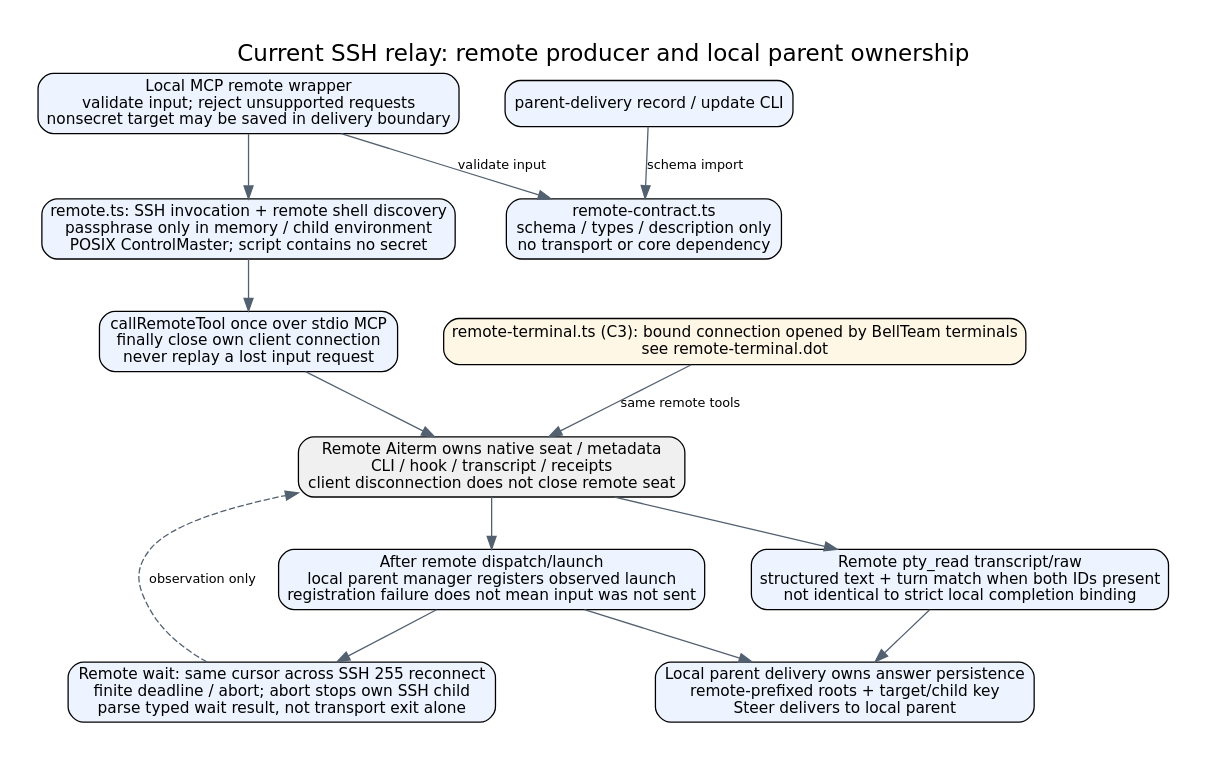
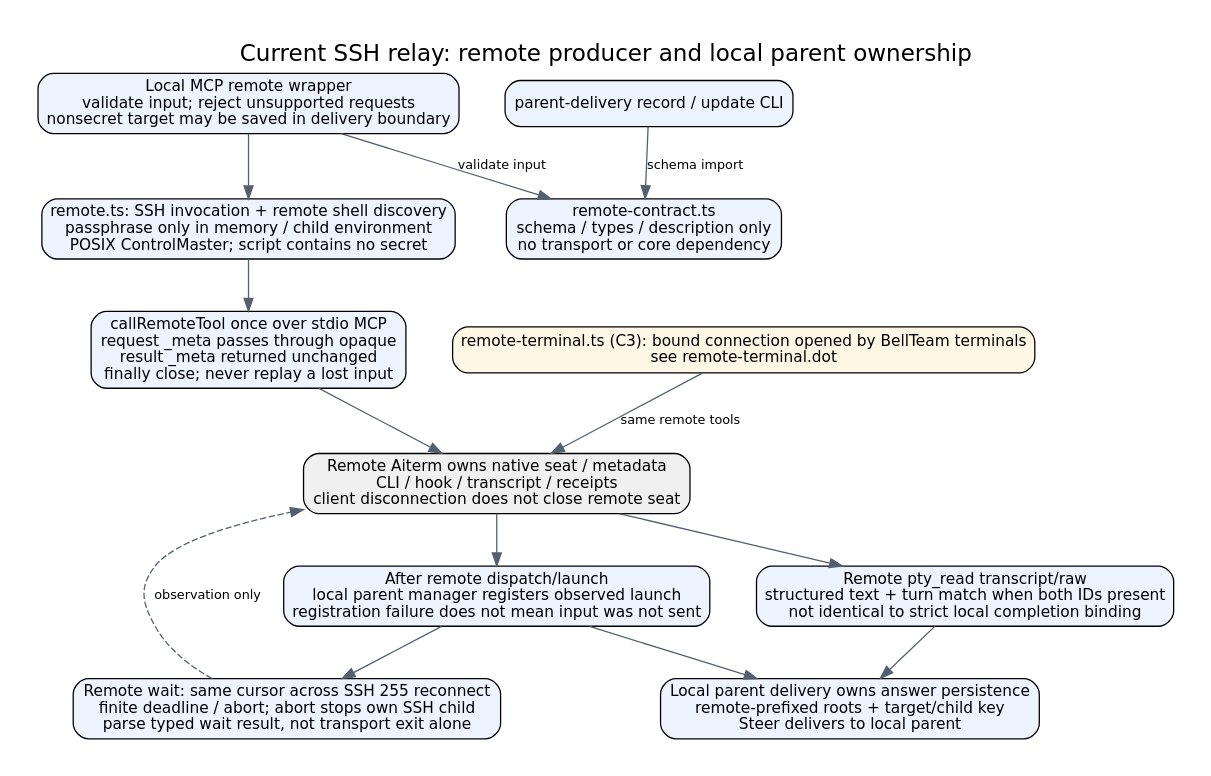
Before and after one commit to kitepon/aiterm-mcp: the diagram in docs/architecture/remote.dot, drawn with Graphviz. The commit also changed 19 other files, not shown here.

First line of the commit message:
Run macOS CI on GitHub-hosted runners, relay MCP _meta to terminals, and give self-started seat turns a word start

```diff
--- a/docs/architecture/remote.dot
+++ b/docs/architecture/remote.dot
@@ -1,20 +1,20 @@
 digraph remote {
  graph [rankdir=TB,bgcolor="white",pad=0.3,nodesep=0.5,ranksep=0.55,label="Current SSH relay: remote producer and local parent ownership",labelloc=t,fontname="DejaVu Sans",fontsize=18];
  node [shape=box,style="rounded,filled",fillcolor="#edf4ff",fontname="DejaVu Sans",fontsize=12];
  edge [fontname="DejaVu Sans",fontsize=10,color="#536070"];
  ingress [label="Local MCP remote wrapper\nvalidate input; reject unsupported requests\nnonsecret target may be saved in delivery boundary"];
  ssh [label="remote.ts: SSH invocation + remote shell discovery\npassphrase only in memory / child environment\nPOSIX ControlMaster; script contains no secret"];
- call [label="callRemoteTool once over stdio MCP\nfinally close own client connection\nnever replay a lost input request"];
+ call [label="callRemoteTool once over stdio MCP\nrequest _meta passes through opaque\nresult _meta returned unchanged\nfinally close; never replay a lost input"];
  producer [label="Remote Aiterm owns native seat / metadata\nCLI / hook / transcript / receipts\nclient disconnection does not close remote seat",fillcolor="#f0f0f0"];
  bind [label="After remote dispatch/launch\nlocal parent manager registers observed launch\nregistration failure does not mean input was not sent"];
  wait [label="Remote wait: same cursor across SSH 255 reconnect\nfinite deadline / abort; abort stops own SSH child\nparse typed wait result, not transport exit alone"];
  answer [label="Remote pty_read transcript/raw\nstructured text + turn match when both IDs present\nnot identical to strict local completion binding"];
  parent [label="Local parent delivery owns answer persistence\nremote-prefixed roots + target/child key\nSteer delivers to local parent"];
  contract [label="remote-contract.ts\nschema / types / description only\nno transport or core dependency"];
  record [label="parent-delivery record / update CLI"];
  bound [label="remote-terminal.ts (C3): bound connection opened by BellTeam terminals\nsee remote-terminal.dot",fillcolor="#fff7e6"];
  bound -> producer [label="same remote tools"];
  record -> contract [label="schema import"];
  ingress -> contract [label="validate input"];
  ingress -> ssh;ssh -> call;call -> producer;producer -> bind;bind -> wait;wait -> producer [style=dashed,label="observation only"];producer -> answer;answer -> parent;bind -> parent;
 }
```
